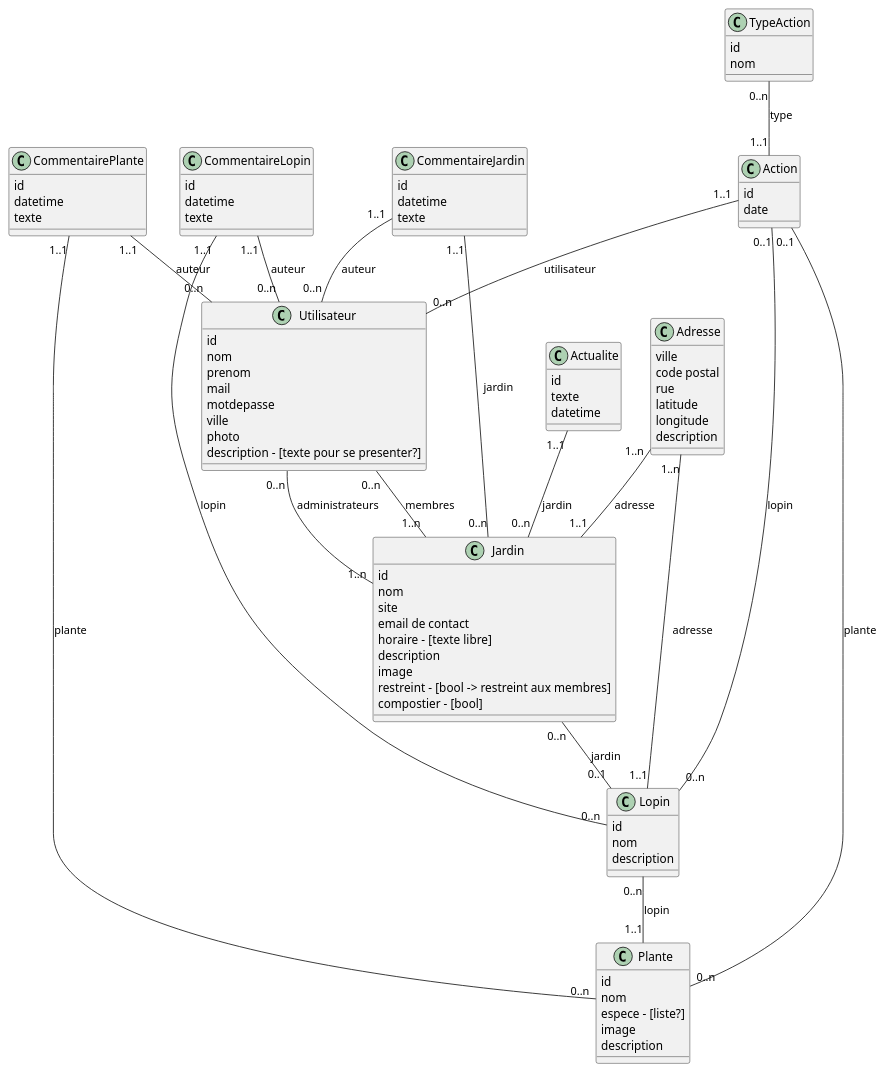
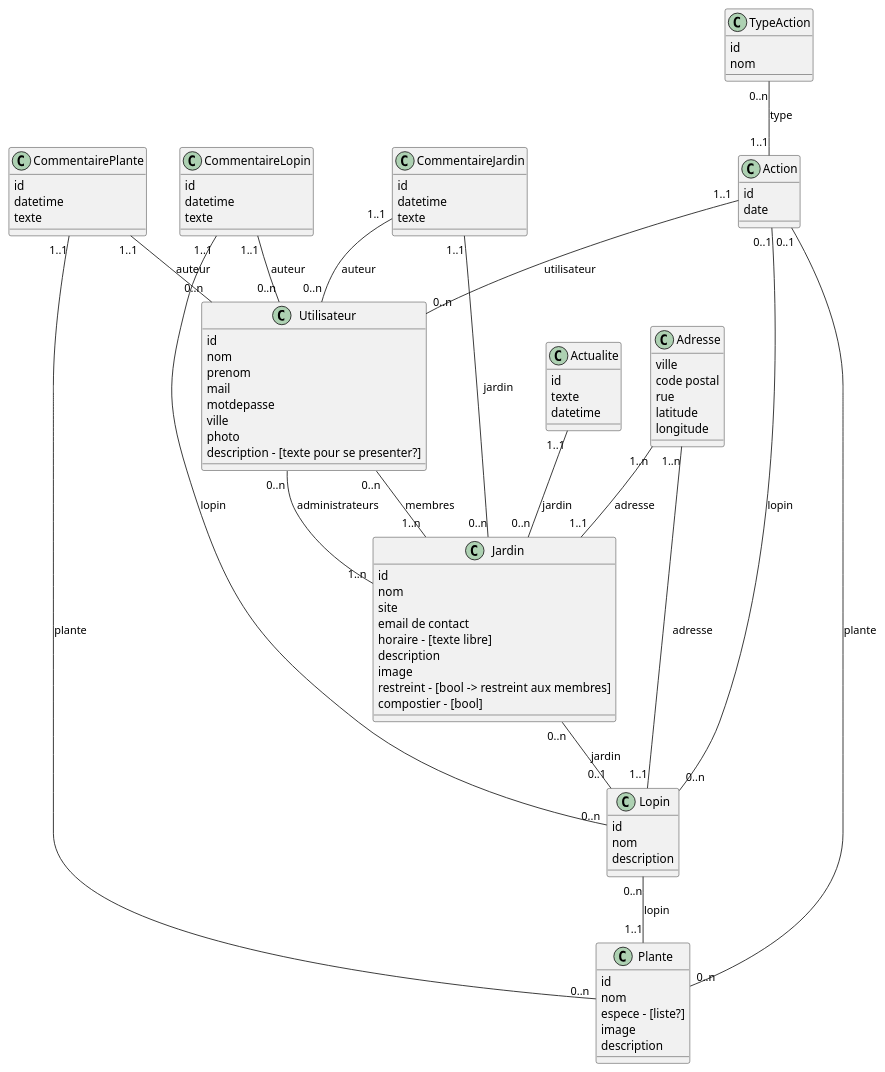
Before and after one commit to 0xnome/pldjardin: the diagram in doc/mcd.puml, drawn with PlantUML.

Commit message:
plus de description dans Adresse (puml)

```diff
--- a/doc/mcd.puml
+++ b/doc/mcd.puml
@@ -1,116 +1,115 @@
 @startuml
 skinparam shadowing false
 skinparam monochrome false
 skinparam TitleFontSize 20
 skinparam sequenceTitleFontSize 20
 skinparam sequenceTitleFontStyle plain
 
 skinparam state {
   BackgroundColor white
   BackgroundColor<<Warning>> lightblue
 }
 
 class Plante{
 	id
 	nom
 	espece - [liste?]
 	image
 	description
 }
 
 class Jardin{
 	id
 	nom
 	site
 	email de contact
 	horaire - [texte libre]
 	description
 	image
 	restreint - [bool -> restreint aux membres]
 	compostier - [bool]
 }
 
 class Lopin{
 	id
 	nom
 	description
 }
 
 class Utilisateur{
 	id
 	nom
 	prenom
 	mail
 	motdepasse
 	ville
 	photo
 	description - [texte pour se presenter?]
 }
 
 class Adresse{
 	ville
 	code postal
 	rue
 	latitude
 	longitude
-	description
 }
 
 class Actualite{
 	id
 	texte
 	datetime
 }
 
 class CommentaireJardin{
 	id
 	datetime
 	texte
 }
 
 class CommentairePlante{
 	id
 	datetime
 	texte
 }
 
 class CommentaireLopin{
 	id
 	datetime
 	texte
 }
 
 class Action{
 	id
 	date
 }
 
 class TypeAction{
 	id
 	nom
 }
 
 
 Jardin "0..n" -- "0..1" Lopin : jardin
 Lopin "0..n" -- "1..1" Plante : lopin
 
 TypeAction "0..n" -- "1..1" Action : type
 Action "1..1" -- "0..n" Utilisateur : utilisateur
 Action "0..1" -- "0..n" Plante : plante
 Action "0..1" -- "0..n" Lopin : lopin
 
 CommentairePlante "1..1" -- "0..n" Utilisateur : auteur
 CommentairePlante "1..1" -- "0..n" Plante : plante
 CommentaireJardin "1..1" -- "0..n" Utilisateur : auteur
 CommentaireJardin "1..1" -- "0..n" Jardin : jardin
 CommentaireLopin "1..1" -- "0..n" Utilisateur : auteur
 CommentaireLopin "1..1" -- "0..n" Lopin : lopin
 
 Utilisateur "0..n" -- "1..n" Jardin : administrateurs
 Utilisateur "0..n" -- "1..n" Jardin : membres
 
 Actualite "1..1" -- "0..n" Jardin : jardin
 
 Adresse "1..n" -- "1..1" Jardin : adresse
 Adresse "1..n" -- "1..1" Lopin : adresse
 @enduml
```
